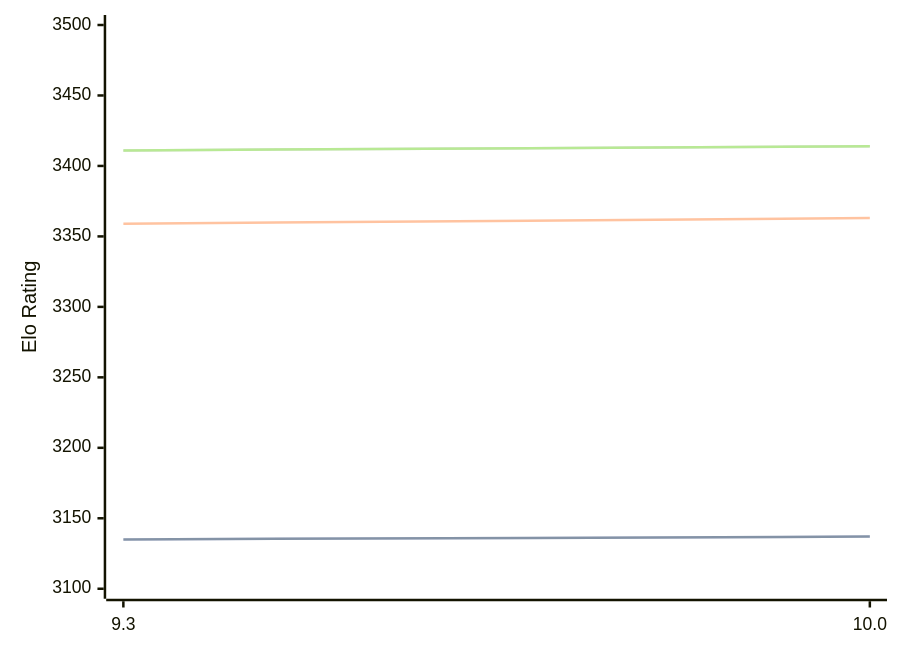
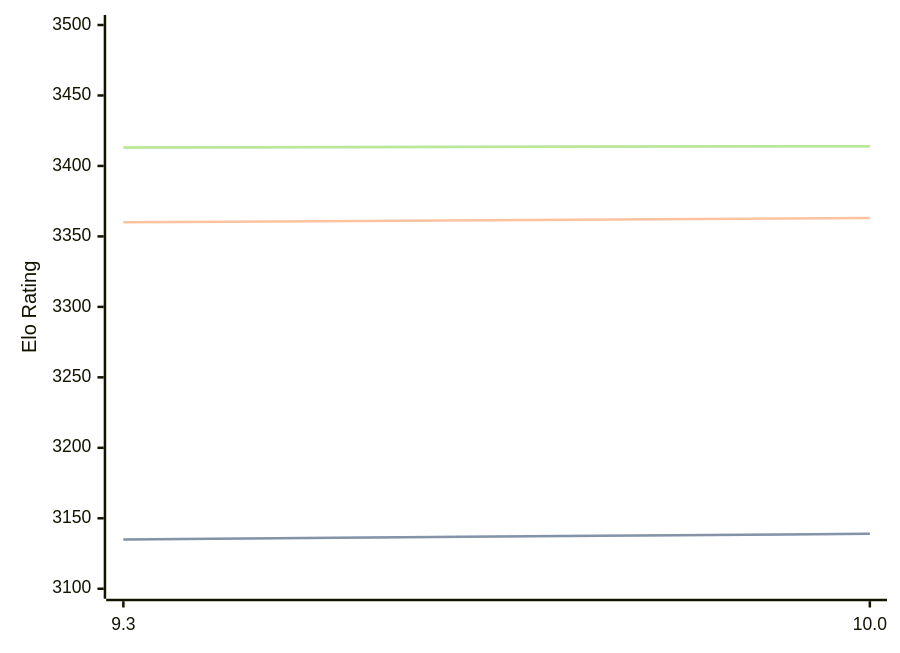
Before and after one commit to computer-chess-index/cci: the diagram in engines/Fire.md, drawn with Mermaid. The commit also changed other lines of this file, not shown here.

Commit message:
Update CCI Ratings (ELO VLTC) - 2026-05-21

````diff
--- a/engines/Fire.md
+++ b/engines/Fire.md
@@ -47,11 +47,11 @@
 ```mermaid
 %%{init: {"theme":"base","themeVariables":{"seriesColors:['#a3a3a3','#222221','#faa371']}}}%%
 xychart-beta
   x-axis ["9.3", "10.0"]
   y-axis "Elo Rating" 3100 --> 3500
-  line "STC (8.0+0.08s)" [3135, 3137]
-  line "STC (8.0+0.08s)" [3135, 3137]
-  line "LTC (60.0+0.60s)" [3359, 3363]
-  line "VLTC (2m24s+1.12s)" [3411, 3414]
-  line "VLTC (2m24s+1.12s)" [3411, 3414]
+  line "STC (8.0+0.08s)" [3135, 3139]
+  line "STC (8.0+0.08s)" [3135, 3139]
+  line "LTC (60.0+0.60s)" [3360, 3363]
+  line "VLTC (2m24s+1.12s)" [3413, 3414]
+  line "VLTC (2m24s+1.12s)" [3413, 3414]
 ```
````
